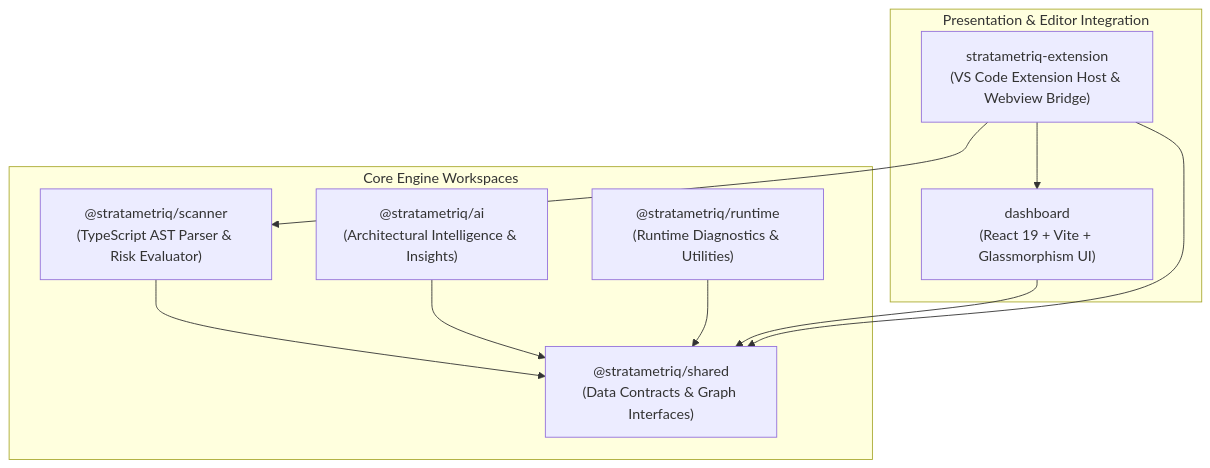
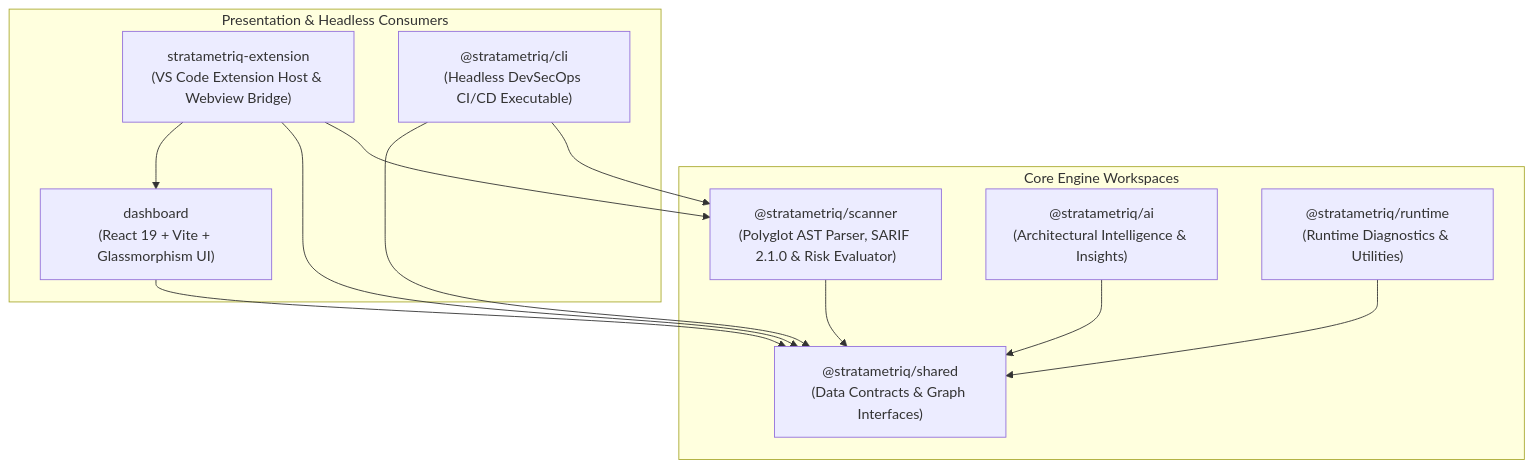
Before and after one commit to aabid-wani/stratametriq: the diagram in stratametriq-docs/docs/architecture.md, drawn with Mermaid. The commit also changed other lines of this file and 6 other files, not shown here.

Commit message:
added  OASIS SARIF 2.1.0 Export (--sarif) and GitHub Advanced Security / GitLab Security Center integration.

````diff
--- a/stratametriq-docs/docs/architecture.md
+++ b/stratametriq-docs/docs/architecture.md
@@ -14,22 +14,25 @@
 ```mermaid
 graph TD
     subgraph Core Engine Workspaces
         SHARED["@stratametriq/shared<br/>(Data Contracts & Graph Interfaces)"]
-        SCANNER["@stratametriq/scanner<br/>(TypeScript AST Parser & Risk Evaluator)"]
+        SCANNER["@stratametriq/scanner<br/>(Polyglot AST Parser, SARIF 2.1.0 & Risk Evaluator)"]
         AI["@stratametriq/ai<br/>(Architectural Intelligence & Insights)"]
         RUNTIME["@stratametriq/runtime<br/>(Runtime Diagnostics & Utilities)"]
     end
 
-    subgraph Presentation & Editor Integration
+    subgraph Presentation & Headless Consumers
         DASHBOARD["dashboard<br/>(React 19 + Vite + Glassmorphism UI)"]
         EXT["stratametriq-extension<br/>(VS Code Extension Host & Webview Bridge)"]
+        CLI["@stratametriq/cli<br/>(Headless DevSecOps CI/CD Executable)"]
     end
 
     SCANNER --> SHARED
     AI --> SHARED
     RUNTIME --> SHARED
     DASHBOARD --> SHARED
     EXT --> SCANNER
     EXT --> SHARED
     EXT --> DASHBOARD
+    CLI --> SCANNER
+    CLI --> SHARED
 ```
````
